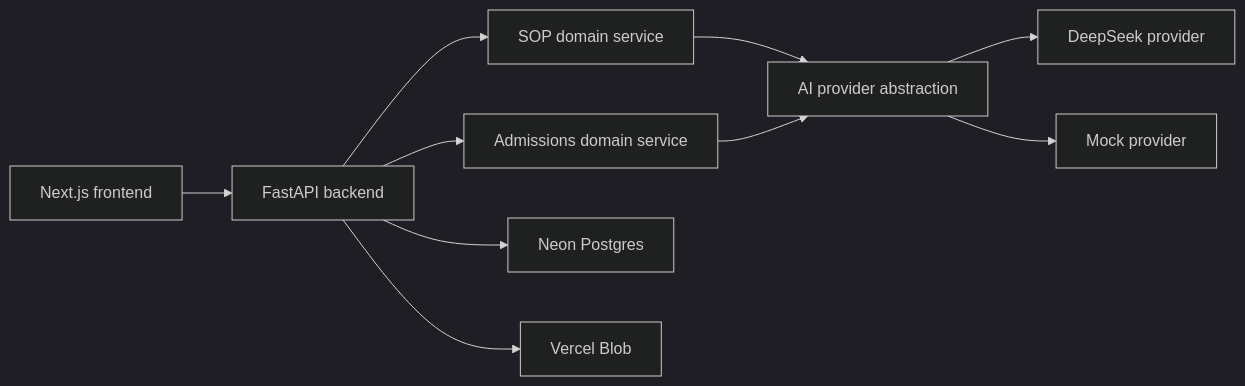
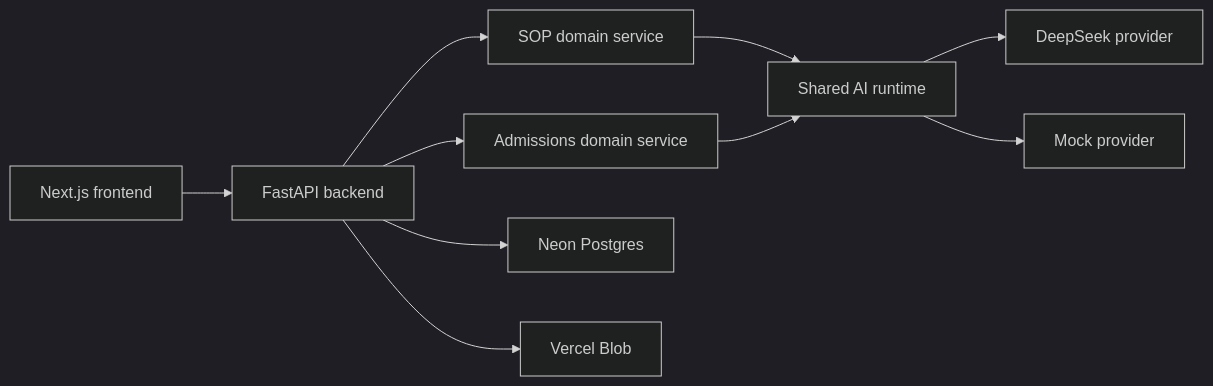
The diagram in docs/MIGRATION_BLUEPRINT.md (nitishmalpotra/study_abroad_platform), drawn with Mermaid (dark theme) before and after one commit. The commit also changed other lines of this file and 11 other files, not shown here.

````diff
--- a/docs/MIGRATION_BLUEPRINT.md
+++ b/docs/MIGRATION_BLUEPRINT.md
@@ -110,12 +157,12 @@
 ```mermaid
 flowchart LR
   A["Next.js frontend"] --> B["FastAPI backend"]
   B --> C["SOP domain service"]
   B --> D["Admissions domain service"]
-  C --> E["AI provider abstraction"]
+  C --> E["Shared AI runtime"]
   D --> E
   E --> F["DeepSeek provider"]
   E --> G["Mock provider"]
   B --> H["Neon Postgres"]
   B --> I["Vercel Blob"]
 ```
````
